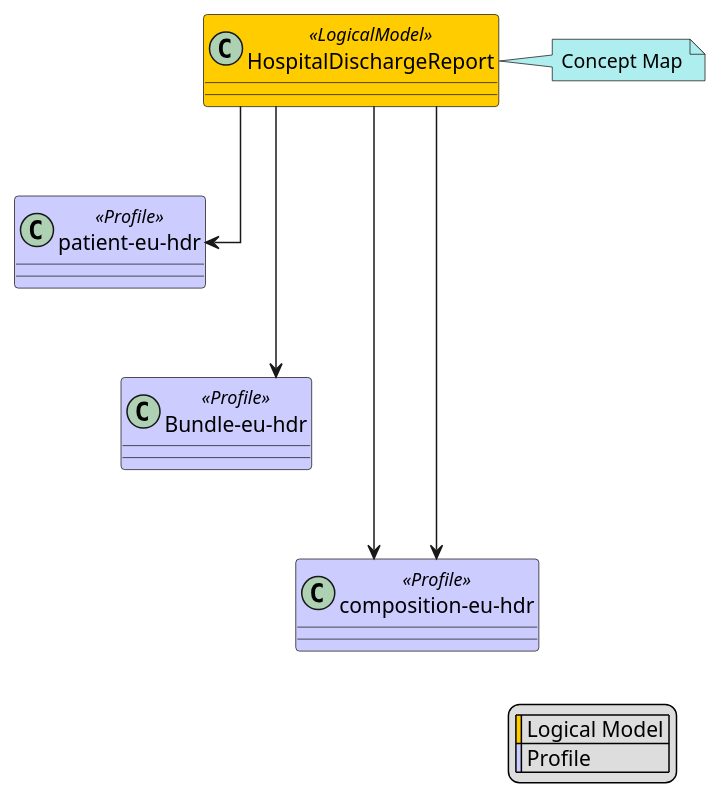
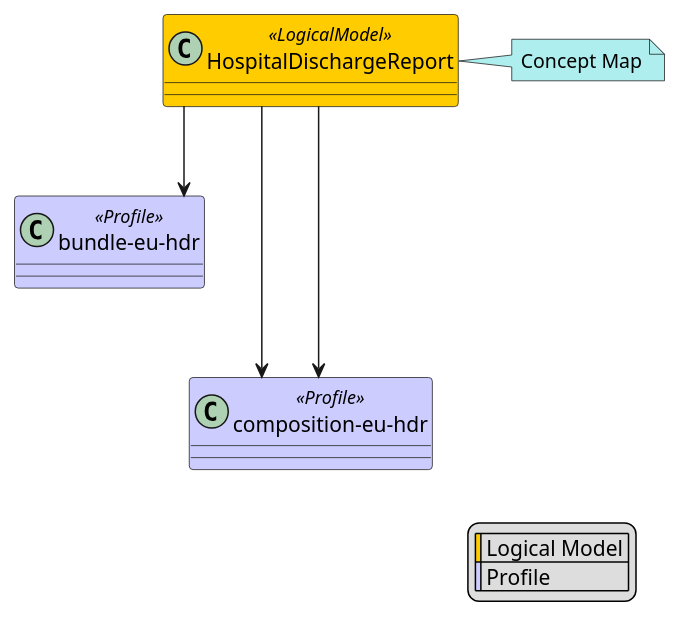
One commit to hl7-eu/hdr changed the diagram in input/images-source/HospitalDischargeReport-map.plantuml. Above: the diagram before and after it, drawn with PlantUML. The commit also changed 21 other files, not shown here.

Commit message:
added header model and concept map

```diff
--- a/input/images-source/HospitalDischargeReport-map.plantuml
+++ b/input/images-source/HospitalDischargeReport-map.plantuml
@@ -1,26 +1,23 @@
 @startuml
 skinparam class {
     BackgroundColor<<LogicalModel>> #FFCC00
     BackgroundColor<<Profile>> #CCCCFF
 }
 skinparam linetype ortho
 legend right
   | <#FFCC00> | Logical Model |
   | <#CCCCFF> | Profile |
 endlegend
 class "HospitalDischargeReport" <<LogicalModel>> [[StructureDefinition-HospitalDischargeReport.html]]
-note right #PaleTurquoise [[ConceptMap-hdrHeader2FHIR-eu-hdr.html]]
+note right #PaleTurquoise [[ConceptMap-HeaderMeta2FHIR-eu-hdr.html]]
 Concept Map
 endnote
-class "patient-eu-hdr" <<Profile>> [[StructureDefinition-patient-eu-hdr.html]]
-"HospitalDischargeReport" --> "patient-eu-hdr"
-class "Bundle-eu-hdr" <<Profile>> [[StructureDefinition-Bundle-eu-hdr.html]]
-"HospitalDischargeReport" --> "Bundle-eu-hdr"
-"patient-eu-hdr" -[hidden]-> "Bundle-eu-hdr"
+class "bundle-eu-hdr" <<Profile>> [[StructureDefinition-bundle-eu-hdr.html]]
+"HospitalDischargeReport" --> "bundle-eu-hdr"
 class "composition-eu-hdr" <<Profile>> [[StructureDefinition-composition-eu-hdr.html]]
 "HospitalDischargeReport" --> "composition-eu-hdr"
-"Bundle-eu-hdr" -[hidden]-> "composition-eu-hdr"
+"bundle-eu-hdr" -[hidden]-> "composition-eu-hdr"
 class "composition-eu-hdr" <<Profile>> [[StructureDefinition-composition-eu-hdr.html]]
 "HospitalDischargeReport" --> "composition-eu-hdr"
 "composition-eu-hdr" -[hidden]-> "composition-eu-hdr"
 @enduml
```
